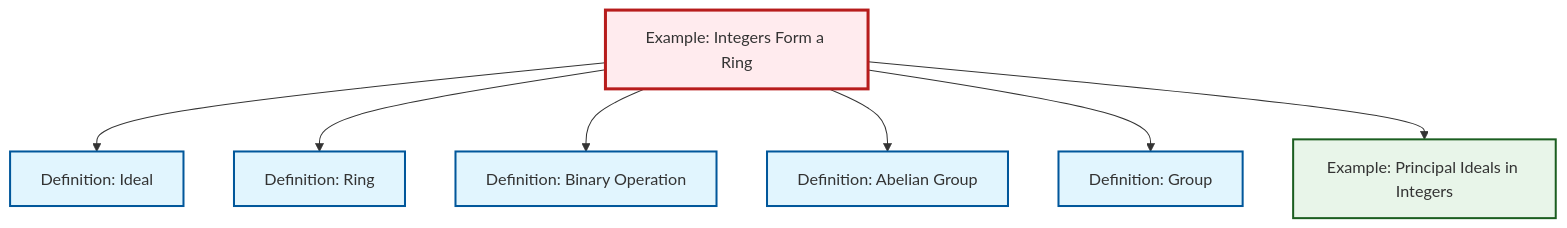
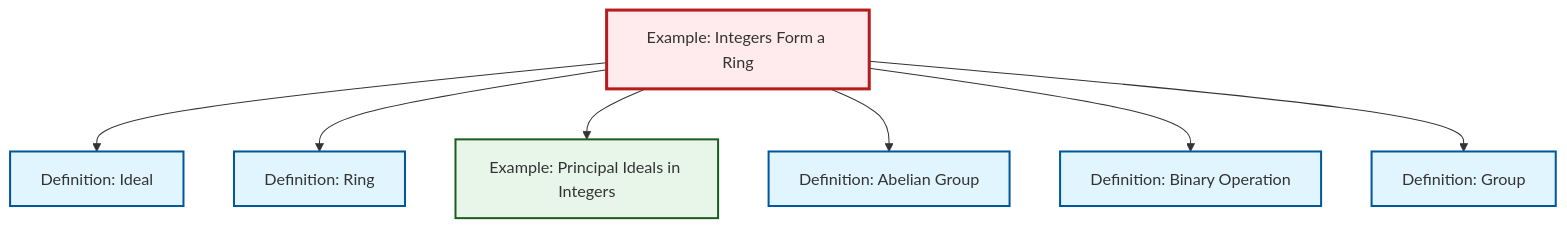
Before and after one commit to RK0429/ModernMath: the diagram in output/mermaid/ex-integers-ring.mermaid, drawn with Mermaid. The commit also changed other lines of this file and 1389 other files, not shown here.

```diff
--- a/output/mermaid/ex-integers-ring.mermaid
+++ b/output/mermaid/ex-integers-ring.mermaid
@@ -1,21 +1,21 @@
 %%| fig-cap: "Local dependency graph"
 graph TD
     classDef definition fill:#e1f5fe,stroke:#01579b,stroke-width:2px
     classDef theorem fill:#f3e5f5,stroke:#4a148c,stroke-width:2px
     classDef axiom fill:#fff3e0,stroke:#e65100,stroke-width:2px
     classDef example fill:#e8f5e9,stroke:#1b5e20,stroke-width:2px
     classDef current fill:#ffebee,stroke:#b71c1c,stroke-width:3px
-    def-ideal["Definition: Ideal"]:::definition
     def-ring["Definition: Ring"]:::definition
     def-abelian-group["Definition: Abelian Group"]:::definition
-    ex-principal-ideal["Example: Principal Ideals in Integers"]:::example
+    ex-integers-ring["Example: Integers Form a Ring"]:::example
     def-binary-operation["Definition: Binary Operation"]:::definition
     def-group["Definition: Group"]:::definition
-    ex-integers-ring["Example: Integers Form a Ring"]:::example
+    ex-principal-ideal["Example: Principal Ideals in Integers"]:::example
+    def-ideal["Definition: Ideal"]:::definition
     ex-integers-ring --> def-ideal
     ex-integers-ring --> def-ring
+    ex-integers-ring --> ex-principal-ideal
+    ex-integers-ring --> def-abelian-group
     ex-integers-ring --> def-binary-operation
-    ex-integers-ring --> def-abelian-group
     ex-integers-ring --> def-group
-    ex-integers-ring --> ex-principal-ideal
     class ex-integers-ring current
```
